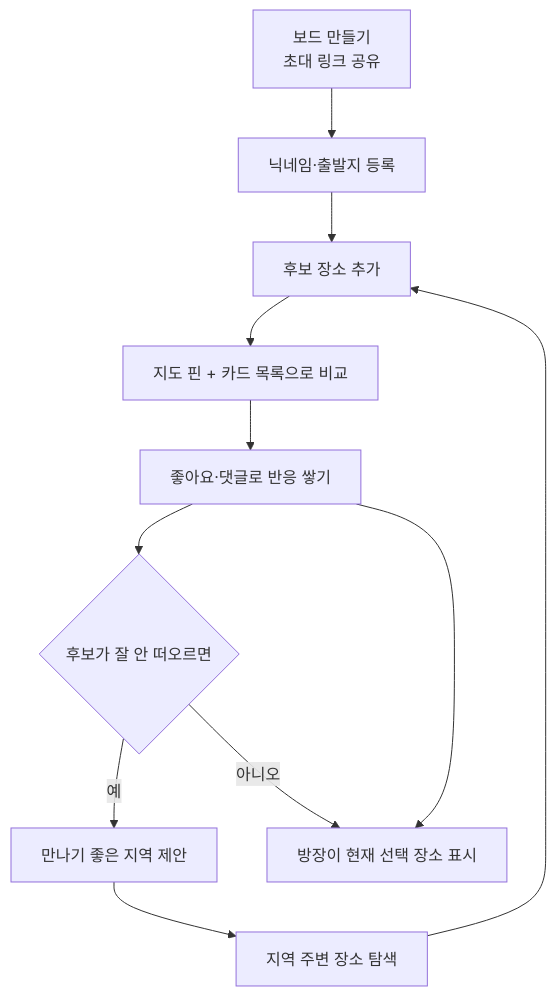
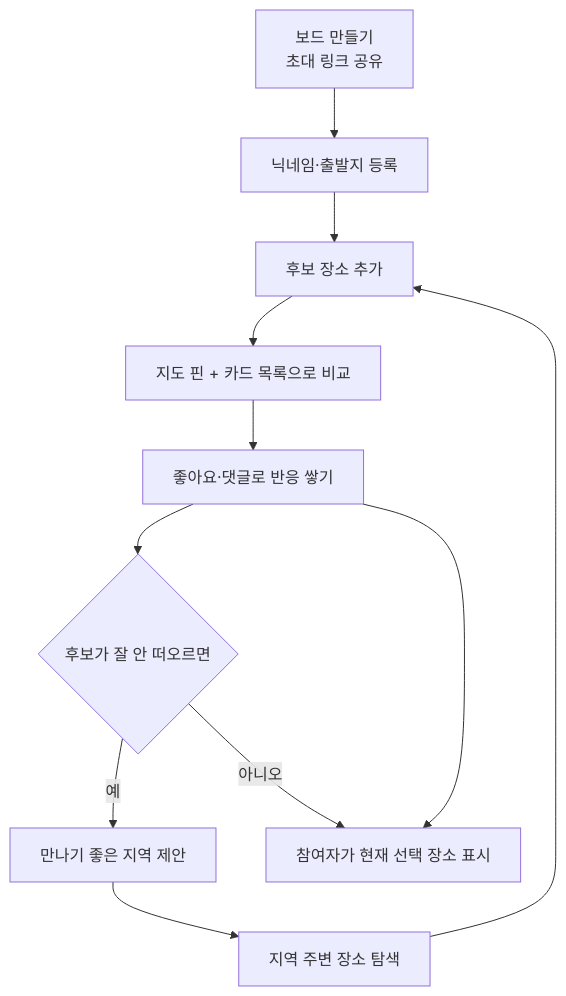
The first of 2 diagrams in specs/기능요약.md (2026-Siheung-SW-Bootcamp-Team-D/docs), drawn with Mermaid before and after one commit. The commit also changed other lines of this file and 5 other files, not shown here.

````diff
--- a/specs/기능요약.md
+++ b/specs/기능요약.md
@@ -44,13 +44,13 @@
 ```mermaid
 flowchart TD
     A["보드 만들기<br/>초대 링크 공유"] --> B["닉네임·출발지 등록"]
     B --> C["후보 장소 추가"]
     C --> D["지도 핀 + 카드 목록으로 비교"]
     D --> E["좋아요·댓글로 반응 쌓기"]
     E --> F{"후보가 잘 안 떠오르면"}
     F -->|"예"| G["만나기 좋은 지역 제안"]
     G --> H["지역 주변 장소 탐색"]
     H --> C
-    F -->|"아니오"| I["방장이 현재 선택 장소 표시"]
+    F -->|"아니오"| I["참여자가 현재 선택 장소 표시"]
     E --> I
 ```
````
